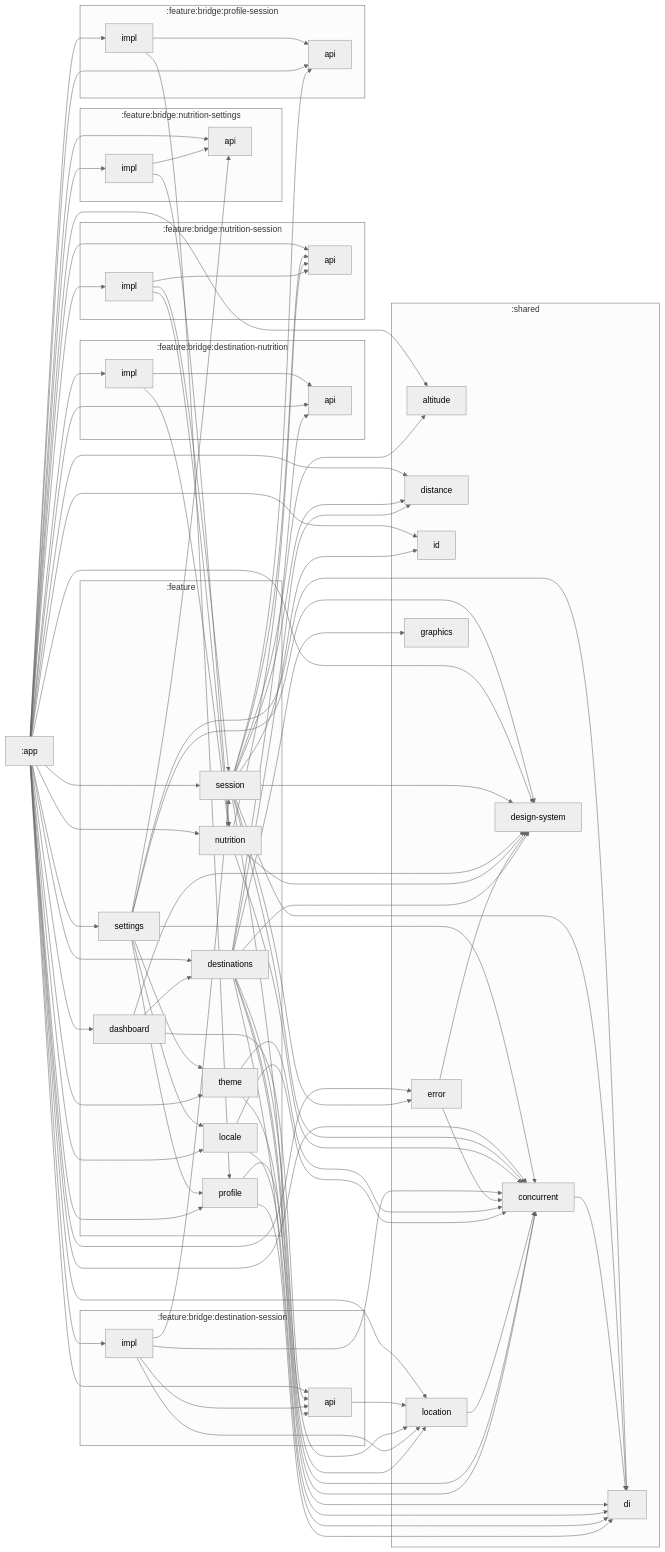
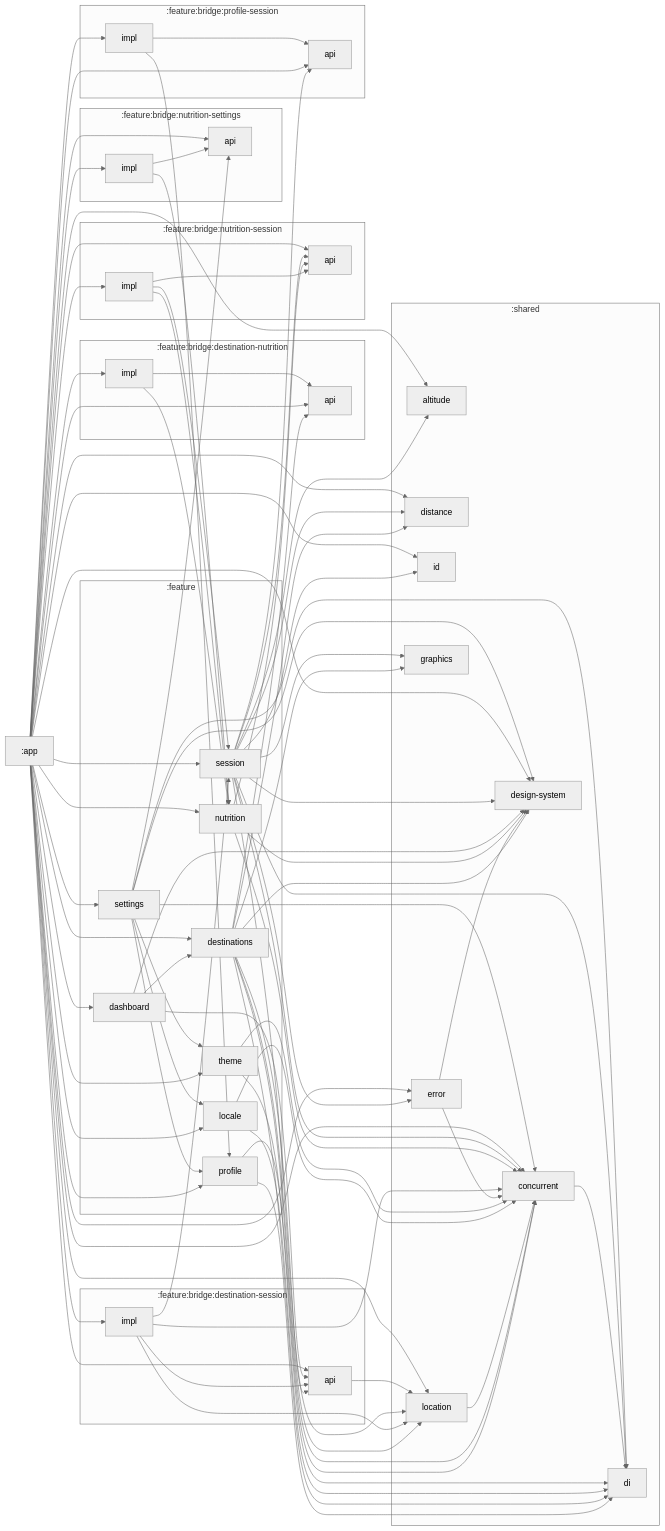
The diagram in docs/MODULE_GRAPH.md (koflox/cycling-assistant), drawn with Mermaid before and after one commit.

Commit message:
docs: update module dependency graph

```diff
--- a/docs/MODULE_GRAPH.md
+++ b/docs/MODULE_GRAPH.md
@@ -92,6 +92,7 @@
   :feature:session --> :shared:di
   :feature:session --> :shared:distance
   :feature:session --> :shared:error
+  :feature:session --> :shared:graphics
   :feature:session --> :shared:id
   :feature:session --> :shared:location
   :feature:session --> :feature:bridge:nutrition-session:api
```
